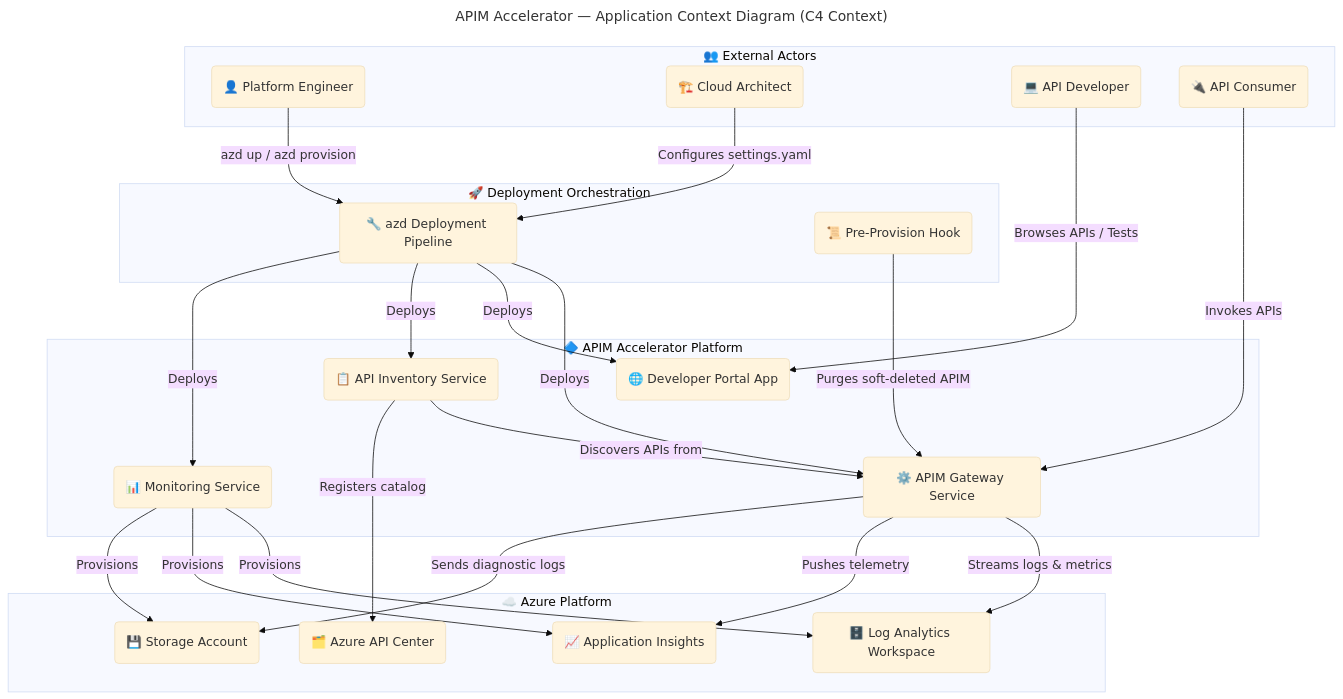
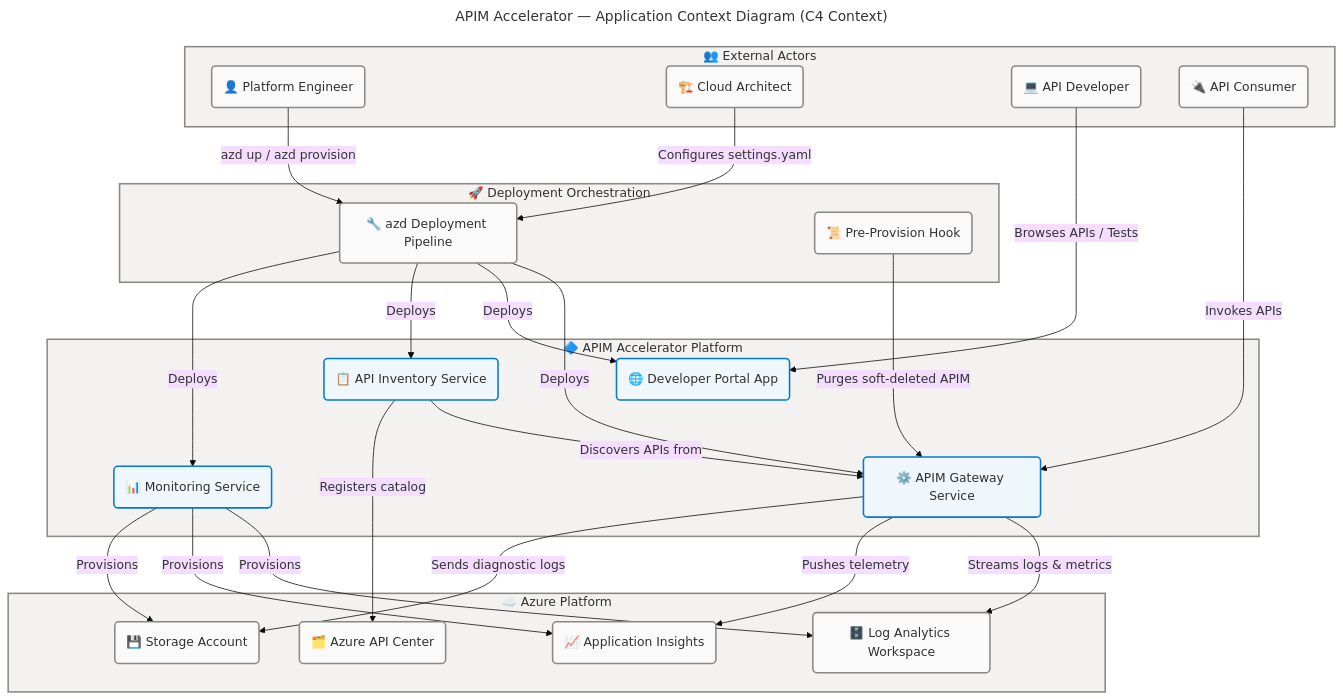
Before and after one commit to Evilazaro/APIM-Accelerator: the first of 8 diagrams in docs/architecture/application-architecture.md, drawn with Mermaid. The commit also changed other lines of this file, not shown here.

Commit message:
style: enhance flowchart styles with additional class definitions for improved clarity and consistency in application architecture diagrams

````diff
--- a/docs/architecture/application-architecture.md
+++ b/docs/architecture/application-architecture.md
@@ -151,5 +151,15 @@
     MON -->|"Provisions"| AI
     MON -->|"Provisions"| SA
 
+    classDef neutral fill:#FAFAFA,stroke:#8A8886,stroke-width:2px,color:#323130
+    classDef core fill:#EFF6FC,stroke:#0078D4,stroke-width:2px,color:#323130
+    classDef success fill:#DFF6DD,stroke:#107C10,stroke-width:2px,color:#323130
+    classDef warning fill:#FFF4CE,stroke:#FFB900,stroke-width:2px,color:#323130
+    classDef danger fill:#FDE7E9,stroke:#D13438,stroke-width:2px,color:#323130
+
+    style ACTORS fill:#F3F2F1,stroke:#8A8886,stroke-width:2px,color:#323130
+    style PLATFORM fill:#F3F2F1,stroke:#8A8886,stroke-width:2px,color:#323130
+    style AZD fill:#F3F2F1,stroke:#8A8886,stroke-width:2px,color:#323130
+    style AZURE fill:#F3F2F1,stroke:#8A8886,stroke-width:2px,color:#323130
 
 ```
````
